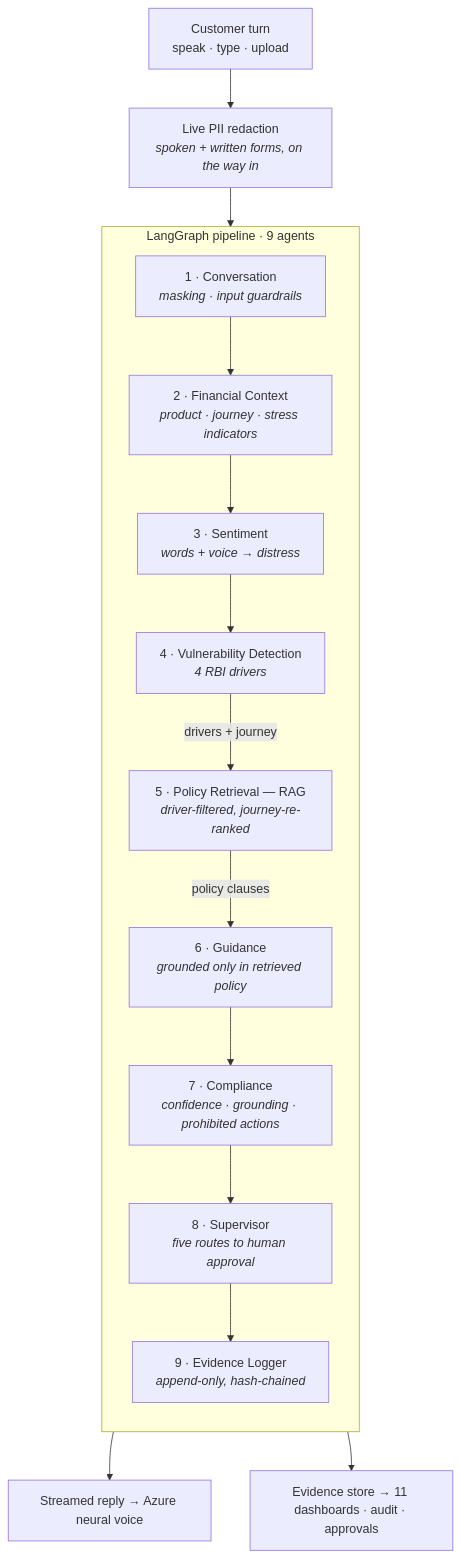
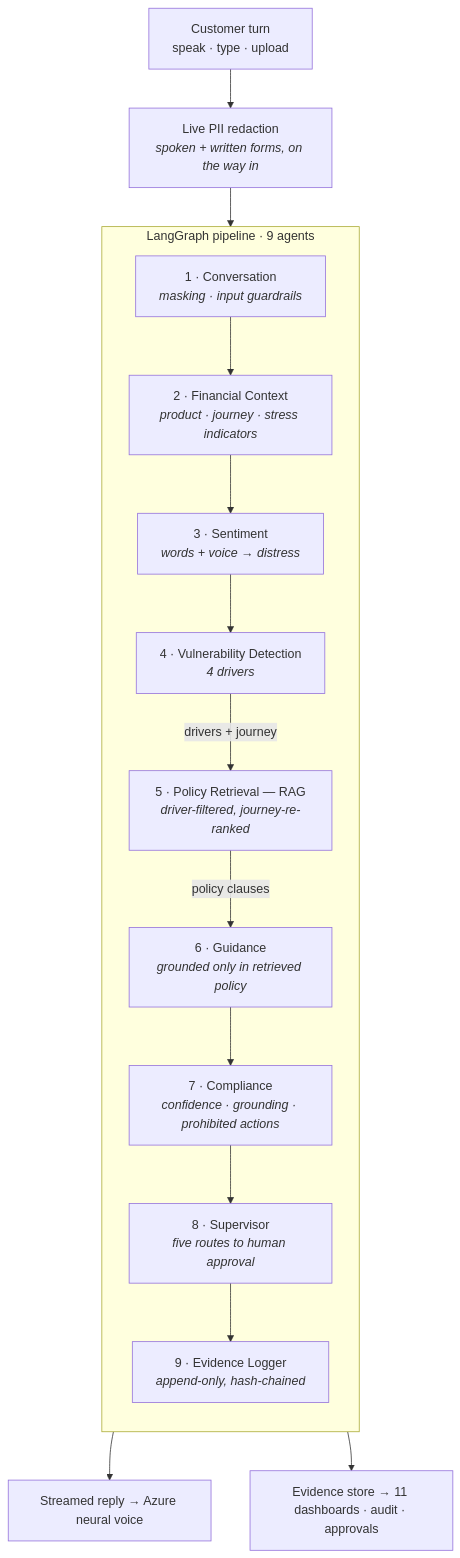
Before and after one commit to mansi104-ai/EXL_capstone: the diagram in docs/OVERVIEW.md, drawn with Mermaid. The commit also changed other lines of this file and 47 other files, not shown here.

````diff
--- a/docs/OVERVIEW.md
+++ b/docs/OVERVIEW.md
@@ -30,18 +38,18 @@
 ```mermaid
 flowchart TD
     IN["Customer turn<br/>speak · type · upload"] --> RED["Live PII redaction<br/><i>spoken + written forms, on the way in</i>"]
     RED --> A1
     subgraph P["LangGraph pipeline · 9 agents"]
       direction TB
       A1["1 · Conversation<br/><i>masking · input guardrails</i>"] --> A2["2 · Financial Context<br/><i>product · journey · stress indicators</i>"]
       A2 --> A3["3 · Sentiment<br/><i>words + voice → distress</i>"]
-      A3 --> A4["4 · Vulnerability Detection<br/><i>4 RBI drivers</i>"]
+      A3 --> A4["4 · Vulnerability Detection<br/><i>4 drivers</i>"]
       A4 -->|drivers + journey| A5["5 · Policy Retrieval — RAG<br/><i>driver-filtered, journey-re-ranked</i>"]
       A5 -->|policy clauses| A6["6 · Guidance<br/><i>grounded only in retrieved policy</i>"]
       A6 --> A7["7 · Compliance<br/><i>confidence · grounding · prohibited actions</i>"]
       A7 --> A8["8 · Supervisor<br/><i>five routes to human approval</i>"]
       A8 --> A9["9 · Evidence Logger<br/><i>append-only, hash-chained</i>"]
     end
     A9 --> OUT["Streamed reply → Azure neural voice"]
     A9 --> EV["Evidence store → 11 dashboards · audit · approvals"]
 ```
````
